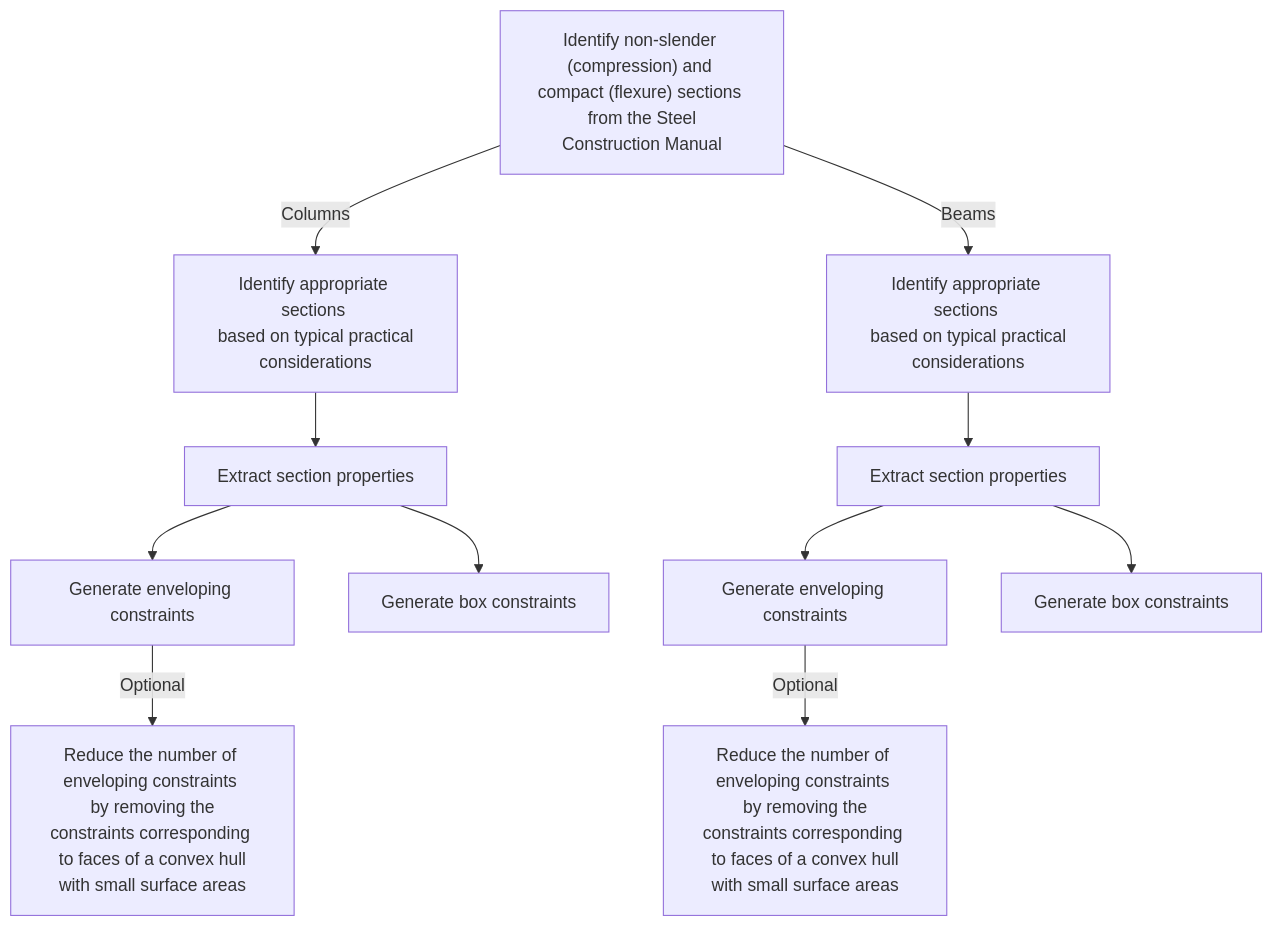
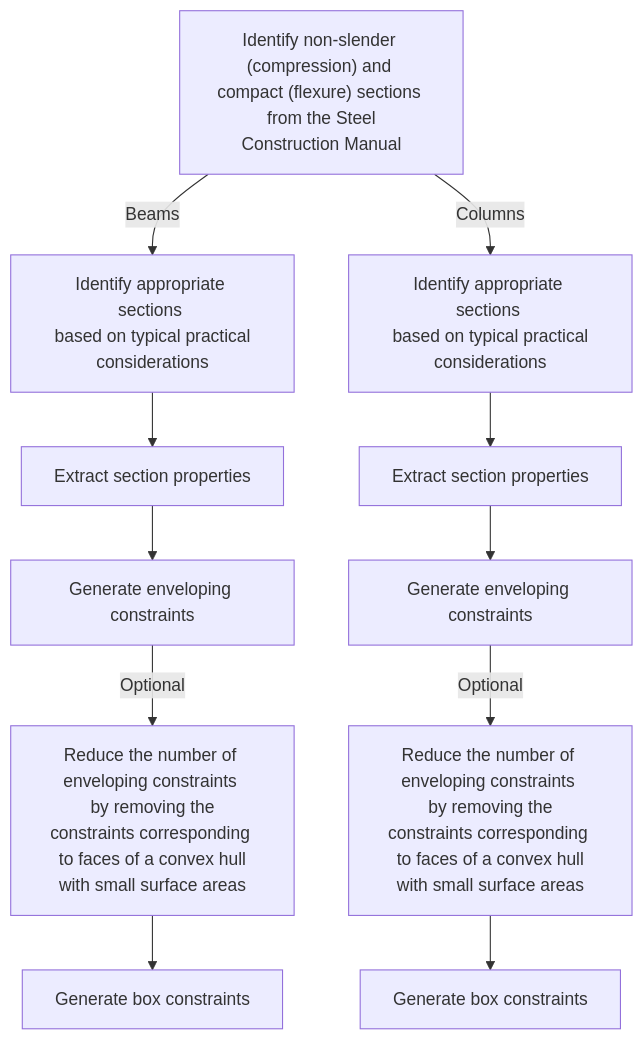
One commit to AkchurinDA/StructuralDesignOptimization.jl changed the first of 2 diagrams in README.md. Above: the diagram before and after it, drawn with Mermaid. The commit also changed other lines of this file and 10 other files, not shown here.

````diff
--- a/README.md
+++ b/README.md
@@ -14,14 +32,14 @@
 ```mermaid
 flowchart TB
     A["Identify non-slender (compression) and compact (flexure) sections \n from the Steel Construction Manual"]
-    A -->|Columns| B["Identify appropriate sections \n based on typical practical considerations"]
-    A -->|Beams| C["Identify appropriate sections \n based on typical practical considerations"]
+    A -->|Beams| B["Identify appropriate sections \n based on typical practical considerations"]
+    A -->|Columns| C["Identify appropriate sections \n based on typical practical considerations"]
     B --> D["Extract section properties"]
     C --> E["Extract section properties"]
     D --> F["Generate enveloping constraints"]
-    D --> G["Generate box constraints"]
-    E --> H["Generate enveloping constraints"]
-    E --> I["Generate box constraints"]
-    F -->|Optional| J["Reduce the number of enveloping constraints \n by removing the constraints corresponding \n to faces of a convex hull with small surface areas"]
-    H -->|Optional| K["Reduce the number of enveloping constraints \n by removing the constraints corresponding \n to faces of a convex hull with small surface areas"]
+    E --> G["Generate enveloping constraints"]
+    F -->|Optional| H["Reduce the number of enveloping constraints \n by removing the constraints corresponding \n to faces of a convex hull with small surface areas"]
+    G -->|Optional| I["Reduce the number of enveloping constraints \n by removing the constraints corresponding \n to faces of a convex hull with small surface areas"]
+    H --> J["Generate box constraints"]
+    I --> K["Generate box constraints"]
 ```
````
